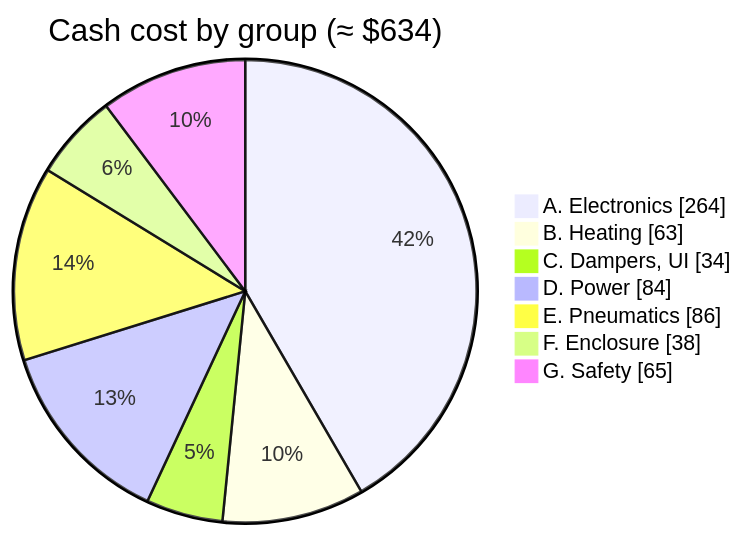
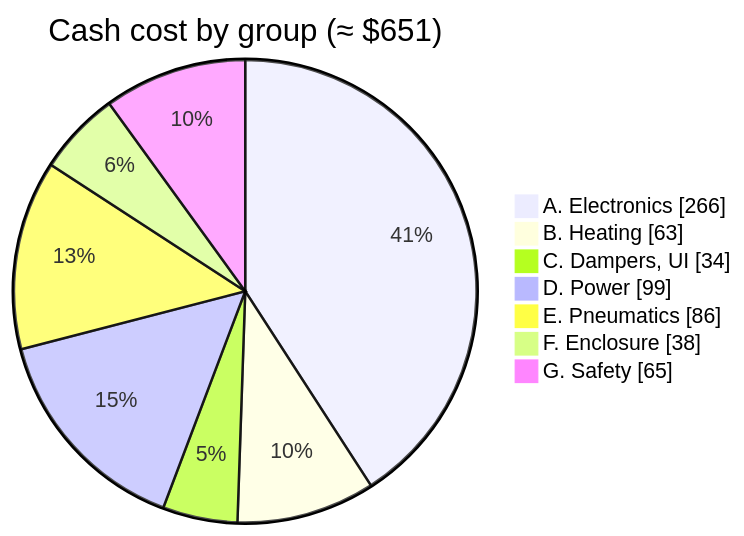
One commit to BashfulBits/3dp-fleet-exhaust changed the diagram in docs/03_bill_of_materials.md. Above: the diagram before and after it, drawn with Mermaid. The commit also changed other lines of this file and 6 other files, not shown here.

````diff
--- a/docs/03_bill_of_materials.md
+++ b/docs/03_bill_of_materials.md
@@ -28,11 +28,11 @@
 ```mermaid
 pie showData
-  title Cash cost by group (≈ $634)
-  "A. Electronics" : 264
+  title Cash cost by group (≈ $651)
+  "A. Electronics" : 266
   "B. Heating" : 63
   "C. Dampers, UI" : 34
-  "D. Power" : 84
+  "D. Power" : 99
   "E. Pneumatics" : 86
   "F. Enclosure" : 38
   "G. Safety" : 65
 ```
````
